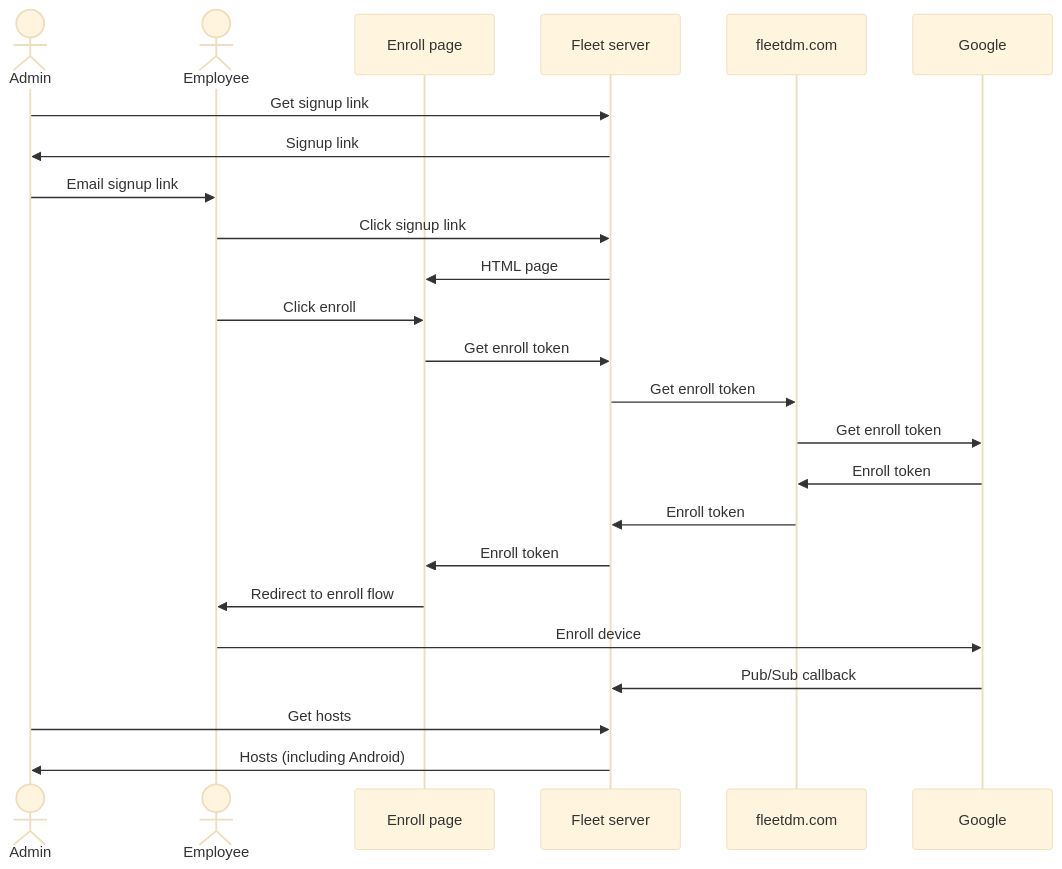
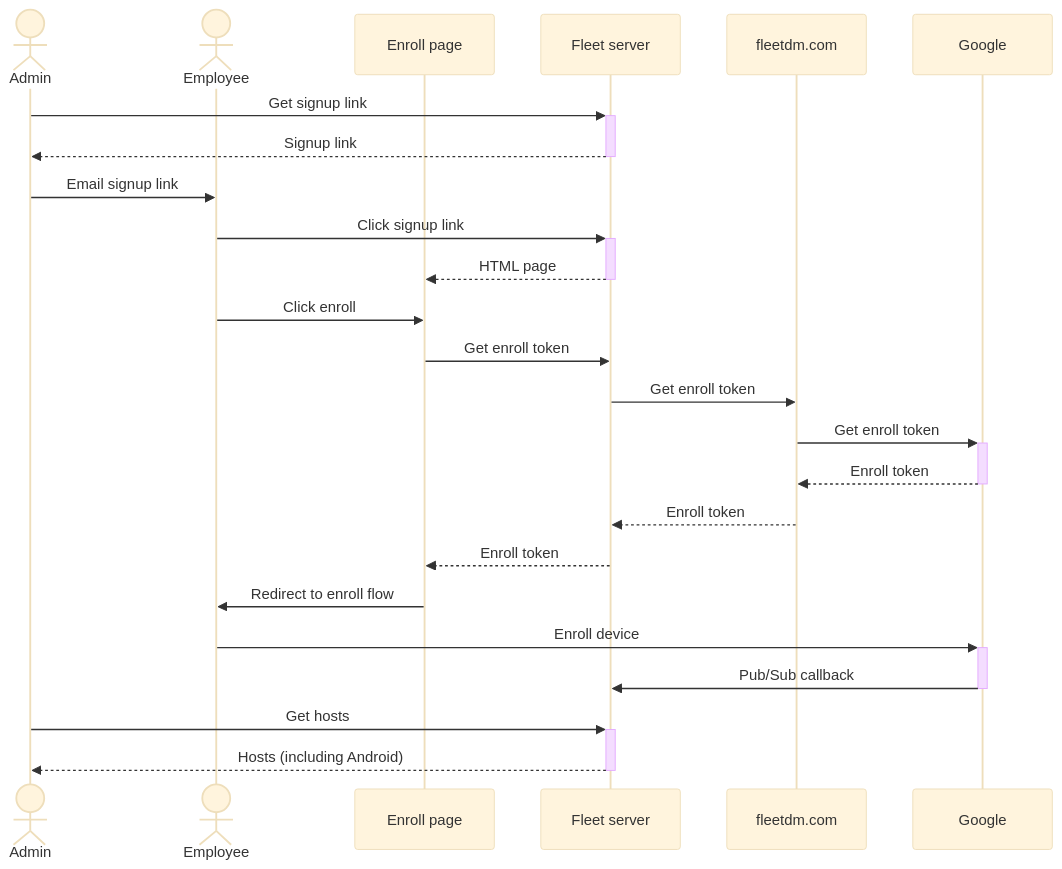
Before and after one commit to fleetdm/fleet: the second of 2 diagrams in docs/Contributing/MDM-Android.md, drawn with Mermaid (base theme). The commit also changed other lines of this file, not shown here.

Commit message:
Made diagrams fancier.

````diff
--- a/docs/Contributing/MDM-Android.md
+++ b/docs/Contributing/MDM-Android.md
@@ -51,26 +55,26 @@
 ```mermaid
 sequenceDiagram
     actor Admin
     actor Employee
     participant Enroll page
     participant Fleet server
     participant fleetdm.com
     participant Google
-    Admin->>Fleet server: Get signup link
-    Fleet server->>Admin: Signup link
+    Admin->>+Fleet server: Get signup link
+    Fleet server-->>-Admin: Signup link
     Admin->>Employee: Email signup link
-    Employee->>Fleet server: Click signup link
-    Fleet server->>Enroll page: HTML page
+    Employee->>+Fleet server: Click signup link
+    Fleet server-->>-Enroll page: HTML page
     Employee->>Enroll page: Click enroll
     Enroll page->>Fleet server: Get enroll token
     Fleet server->>fleetdm.com: Get enroll token
-    fleetdm.com->>Google: Get enroll token
-    Google->>fleetdm.com: Enroll token
-    fleetdm.com->>Fleet server: Enroll token
-    Fleet server->>Enroll page: Enroll token
+    fleetdm.com->>+Google: Get enroll token
+    Google-->>-fleetdm.com: Enroll token
+    fleetdm.com-->>Fleet server: Enroll token
+    Fleet server-->>Enroll page: Enroll token
     Enroll page->>Employee: Redirect to enroll flow
-    Employee->>Google: Enroll device
-    Google->>Fleet server: Pub/Sub callback
-    Admin->>Fleet server: Get hosts
-    Fleet server->>Admin: Hosts (including Android)
+    Employee->>+Google: Enroll device
+    Google->>-Fleet server: Pub/Sub callback
+    Admin->>+Fleet server: Get hosts
+    Fleet server-->>-Admin: Hosts (including Android)
 ```
````
